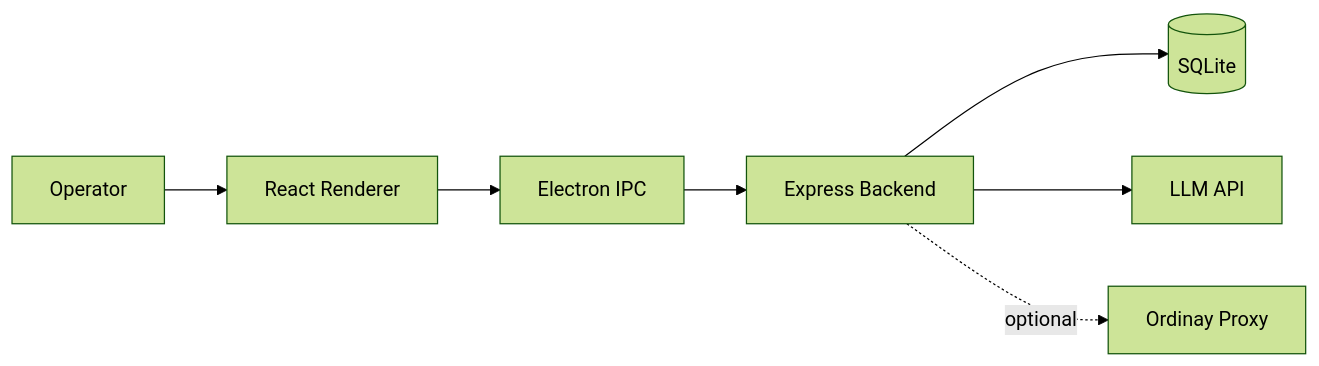
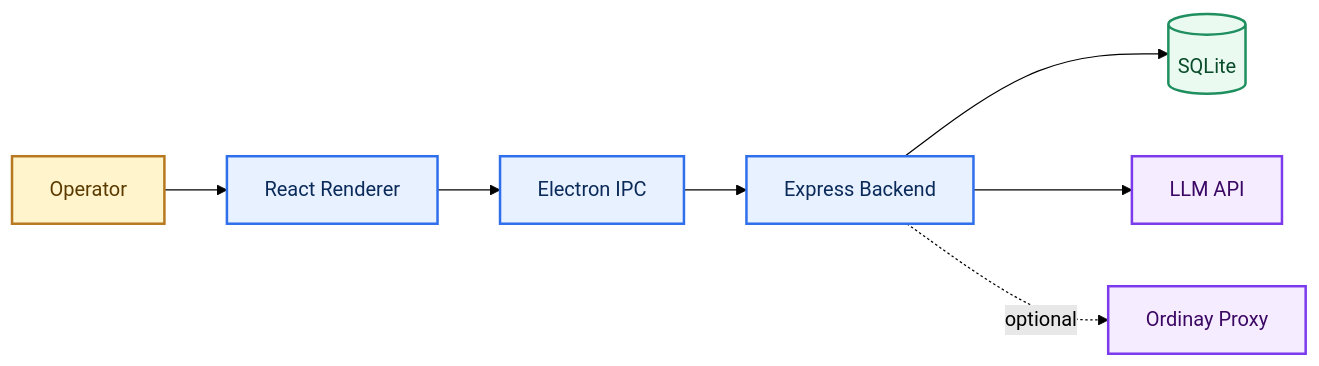
Before and after one commit to mootezaloui/ordinay-legacy: the diagram in README.md, drawn with Mermaid (forest theme). The commit also changed other lines of this file and 4 other files, not shown here.

First line of the commit message:
Update architecture docs wording and remove status

````diff
--- a/README.md
+++ b/README.md
@@ -82,9 +19,19 @@
 ```mermaid
 flowchart LR
     User["Operator"] --> UI["React Renderer"]
     UI --> IPC["Electron IPC"]
     IPC --> API["Express Backend"]
     API --> DB[("SQLite")]
     API --> LLM["LLM API"]
     API -. optional .-> Proxy["Ordinay Proxy"]
+
+    classDef actor fill:#FFF4CC,stroke:#B7791F,color:#5B3A00,stroke-width:2px;
+    classDef app fill:#E8F1FF,stroke:#2F6FEB,color:#0A2A59,stroke-width:2px;
+    classDef data fill:#EAFAF1,stroke:#1F8F5F,color:#0A4C2A,stroke-width:2px;
+    classDef ext fill:#F6ECFF,stroke:#7C3AED,color:#3B0764,stroke-width:2px;
+
+    class User actor;
+    class UI,IPC,API app;
+    class DB data;
+    class LLM,Proxy ext;
 ```
````
